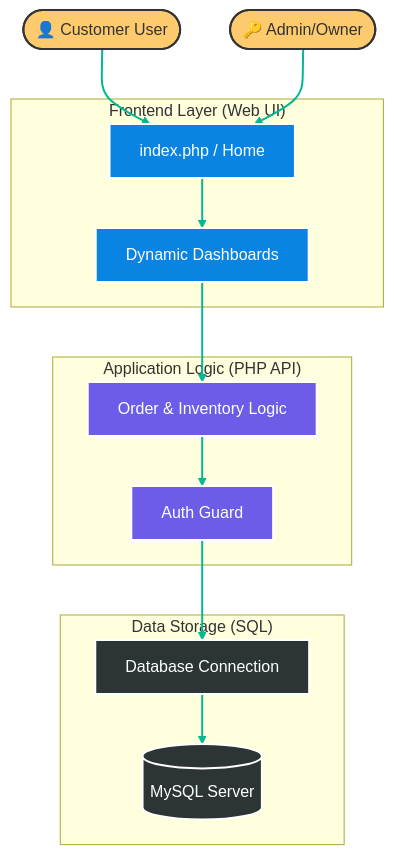
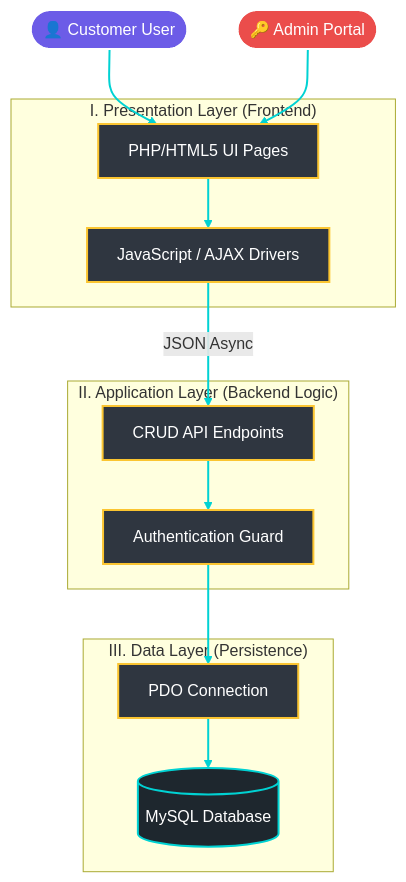
One commit to Jaylo01/tech-noblade changed the first of 3 diagrams in DOCUMENTATION.md. Above: the diagram before and after it, drawn with Mermaid. The commit also changed other lines of this file, not shown here.

Commit message:
DOCS: Final aesthetic overhaul of system diagrams (Premium/Academic Grade)

````diff
--- a/DOCUMENTATION.md
+++ b/DOCUMENTATION.md
@@ -11,39 +12,38 @@
 ```mermaid
 graph TD
-    %% Classes for Dark Mode Visibility
-    classDef frontend fill:#0984e3,stroke:#fff,stroke-width:2px,color:#fff;
-    classDef logic fill:#6c5ce7,stroke:#fff,stroke-width:2px,color:#fff;
-    classDef data fill:#2d3436,stroke:#fff,stroke-width:2px,color:#fff;
-    classDef actor fill:#fdcb6e,stroke:#333,stroke-width:2px,color:#333;
+    %% Theme Definitions
+    classDef main fill:#1e272e,stroke:#00d2d3,stroke-width:2px,color:#fff;
+    classDef layer fill:#2f3640,stroke:#fbc531,stroke-width:2px,color:#fff;
+    classDef accent fill:#6c5ce7,stroke:#fff,stroke-width:2px,color:#fff;
+    classDef highlight fill:#eb4d4b,stroke:#fff,stroke-width:2px,color:#fff;
 
     %% Elements
-    Customer([👤 Customer User]):::actor
-    Admin([🔑 Admin/Owner]):::actor
+    User([👤 Customer User]):::accent
+    Admin([🔑 Admin Portal]):::highlight
 
-    subgraph "Frontend Layer (Web UI)"
-        Index[index.php / Home]:::frontend
-        Dash[Dynamic Dashboards]:::frontend
+    subgraph "I. Presentation Layer (Frontend)"
+        UI[PHP/HTML5 UI Pages]:::layer
+        JS[JavaScript / AJAX Drivers]:::layer
     end
 
-    subgraph "Application Logic (PHP API)"
-        Security[Auth Guard]:::logic
-        CRUD[Order & Inventory Logic]:::logic
+    subgraph "II. Application Layer (Backend Logic)"
+        API[CRUD API Endpoints]:::layer
+        Guard[Authentication Guard]:::layer
     end
 
-    subgraph "Data Storage (SQL)"
-        DB[Database Connection]:::data
-        MySQL[(MySQL Server)]:::data
+    subgraph "III. Data Layer (Persistence)"
+        Conn[PDO Connection]:::layer
+        MySQL[(MySQL Database)]:::main
     end
 
-    %% Flow
-    Customer --> Index
-    Admin --> Index
-    Index --> Dash
-    Dash --> CRUD
-    CRUD --> Security
-    Security --> DB
-    DB --> MySQL
+    %% Logic Flow
+    User & Admin --> UI
+    UI --> JS
+    JS -- "JSON Async" --> API
+    API --> Guard
+    Guard --> Conn
+    Conn --> MySQL
 
-    %% Links styling
-    linkStyle default stroke:#00b894,stroke-width:2px;
+    %% Link Aesthetics
+    linkStyle default stroke:#00d2d3,stroke-width:2px;
 ```
````
